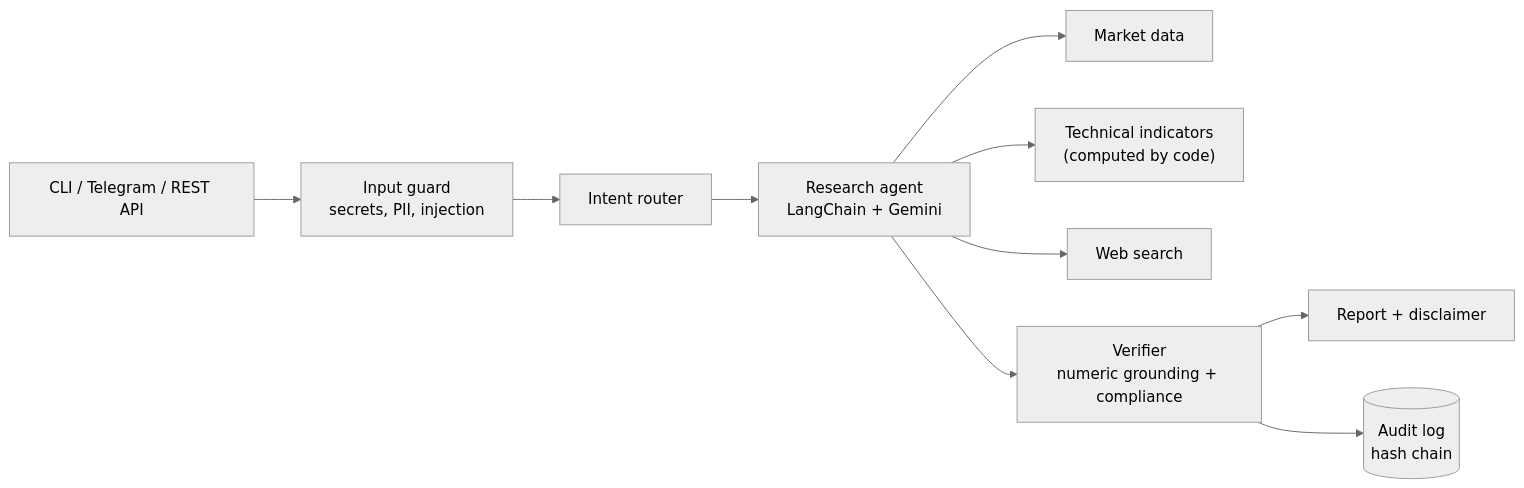
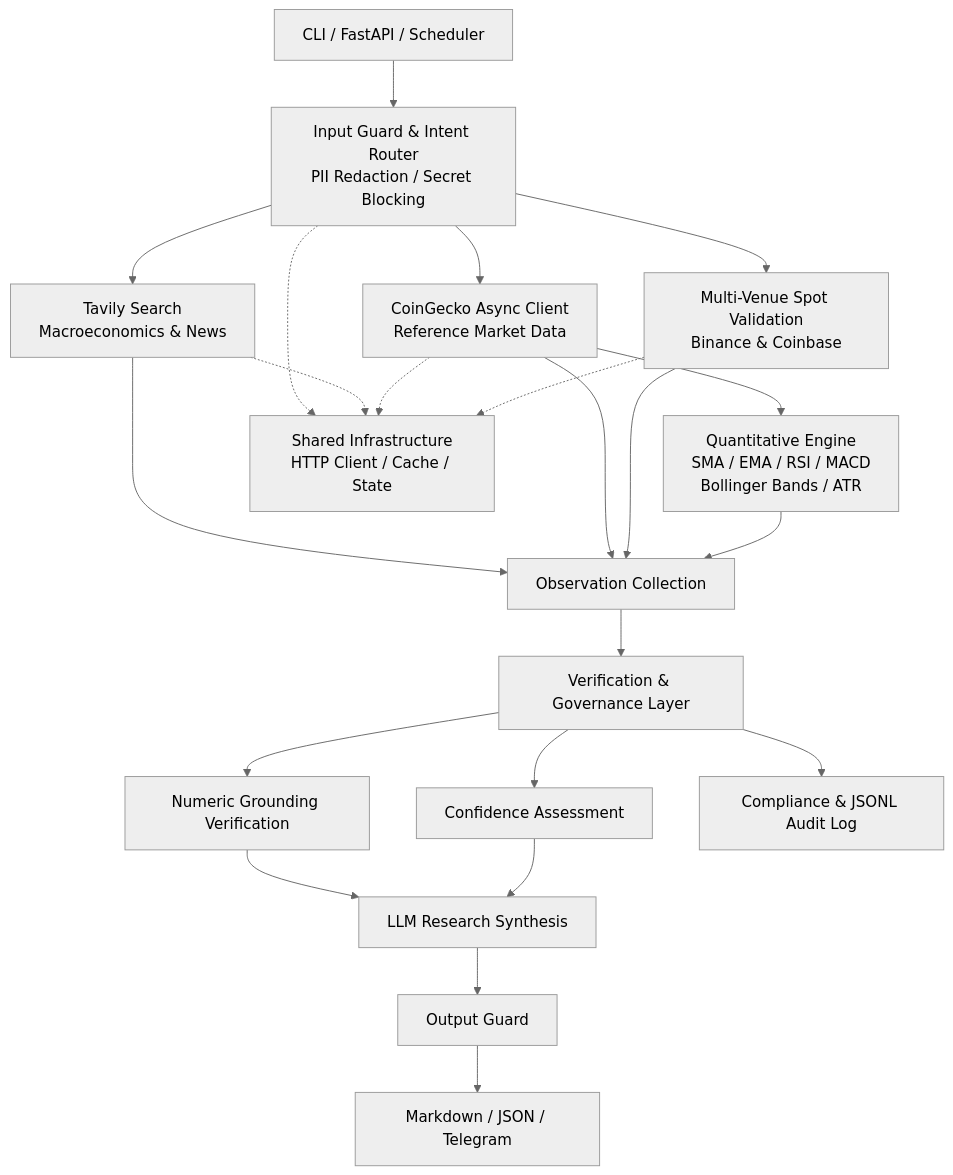
One commit to teguhyulya841/alphamacro-ai-agent changed the diagram in README.md. Above: the diagram before and after it, drawn with Mermaid (neutral theme). The commit also changed other lines of this file and 39 other files, not shown here.

Commit message:
chore(release): finalize M1-M4 architecture, API entrypoints, and deployment docs

````diff
--- a/README.md
+++ b/README.md
@@ -30,12 +24,36 @@
 ```mermaid
-flowchart LR
-    U["CLI / Telegram / REST API"] --> G["Input guard<br/>secrets, PII, injection"]
-    G --> R[Intent router]
-    R --> A["Research agent<br/>LangChain + Gemini"]
-    A --> T1[Market data]
-    A --> T2["Technical indicators<br/>(computed by code)"]
-    A --> T3[Web search]
-    A --> V["Verifier<br/>numeric grounding + compliance"]
-    V --> O[Report + disclaimer]
-    V --> L[("Audit log<br/>hash chain")]
+flowchart TD
+    A["CLI / FastAPI / Scheduler"]
+    B["Input Guard & Intent Router<br/>PII Redaction / Secret Blocking"]
+
+    A --> B
+
+    B --> C["Tavily Search<br/>Macroeconomics & News"]
+    B --> D["CoinGecko Async Client<br/>Reference Market Data"]
+    B --> E["Multi-Venue Spot Validation<br/>Binance & Coinbase"]
+
+    D --> F["Quantitative Engine<br/>SMA / EMA / RSI / MACD<br/>Bollinger Bands / ATR"]
+
+    C --> G["Observation Collection"]
+    D --> G
+    E --> G
+    F --> G
+
+    G --> H["Verification & Governance Layer"]
+
+    H --> I["Numeric Grounding Verification"]
+    H --> J["Confidence Assessment"]
+    H --> K["Compliance & JSONL Audit Log"]
+
+    I --> L["LLM Research Synthesis"]
+    J --> L
+
+    L --> M["Output Guard"]
+
+    M --> N["Markdown / JSON / Telegram"]
+
+    B -.-> O["Shared Infrastructure<br/>HTTP Client / Cache / State"]
+    C -.-> O
+    D -.-> O
+    E -.-> O
 ```
````
